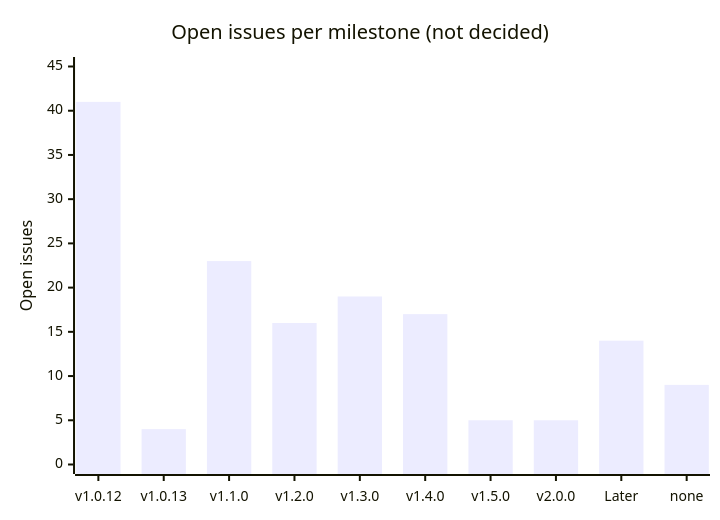
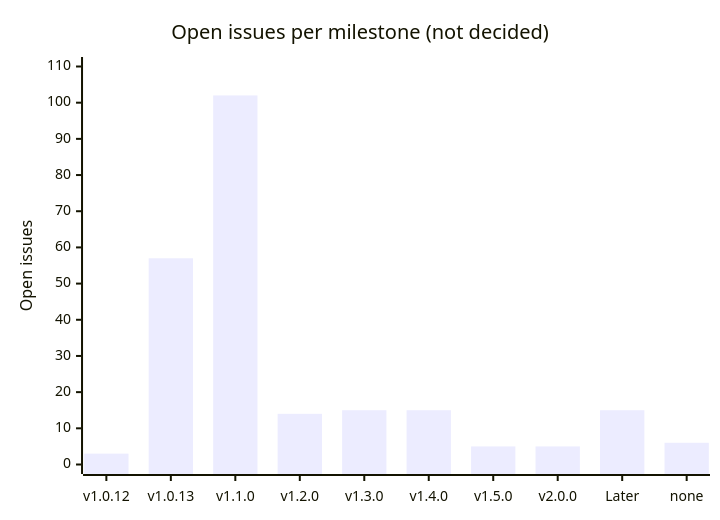
Before and after one commit to mfittko/dev-loops: the first of 11 diagrams in docs/atlas/14-roadmap.md, drawn with Mermaid. The commit also changed other lines of this file, not shown here.

First line of the commit message:
docs(atlas): refresh section 14-roadmap to f6619004d

````diff
--- a/docs/atlas/14-roadmap.md
+++ b/docs/atlas/14-roadmap.md
@@ -20,7 +20,7 @@
 ```mermaid
 xychart-beta
     title "Open issues per milestone (not decided)"
     x-axis ["v1.0.12", "v1.0.13", "v1.1.0", "v1.2.0", "v1.3.0", "v1.4.0", "v1.5.0", "v2.0.0", "Later", "none"]
-    y-axis "Open issues" 0 --> 45
-    bar [41, 4, 23, 16, 19, 17, 5, 5, 14, 9]
+    y-axis "Open issues" 0 --> 110
+    bar [3, 57, 102, 14, 15, 15, 5, 5, 15, 6]
 ```
````
